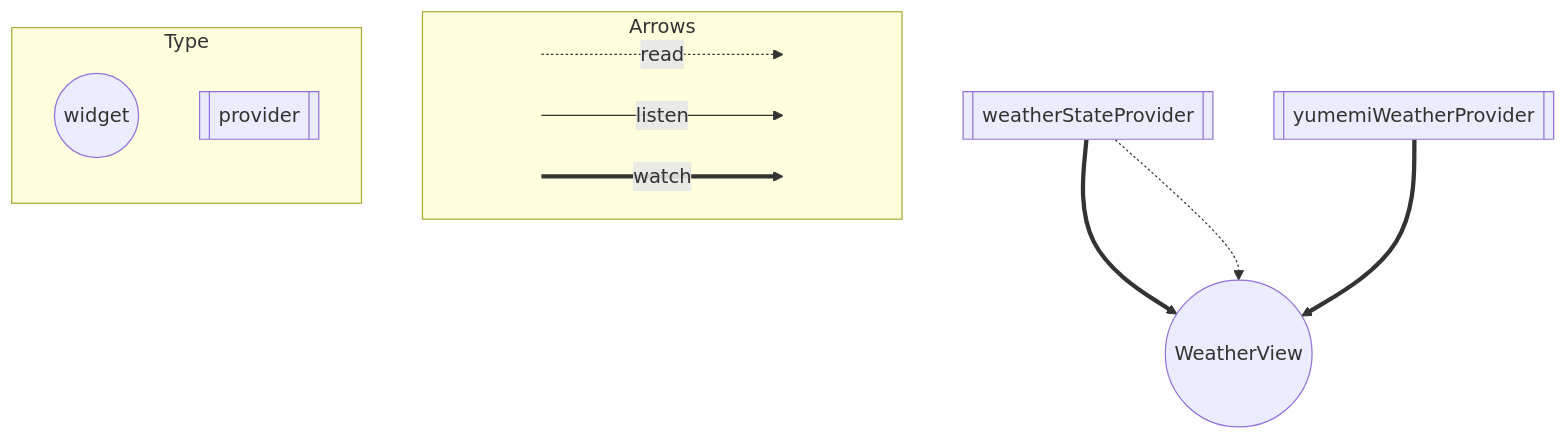
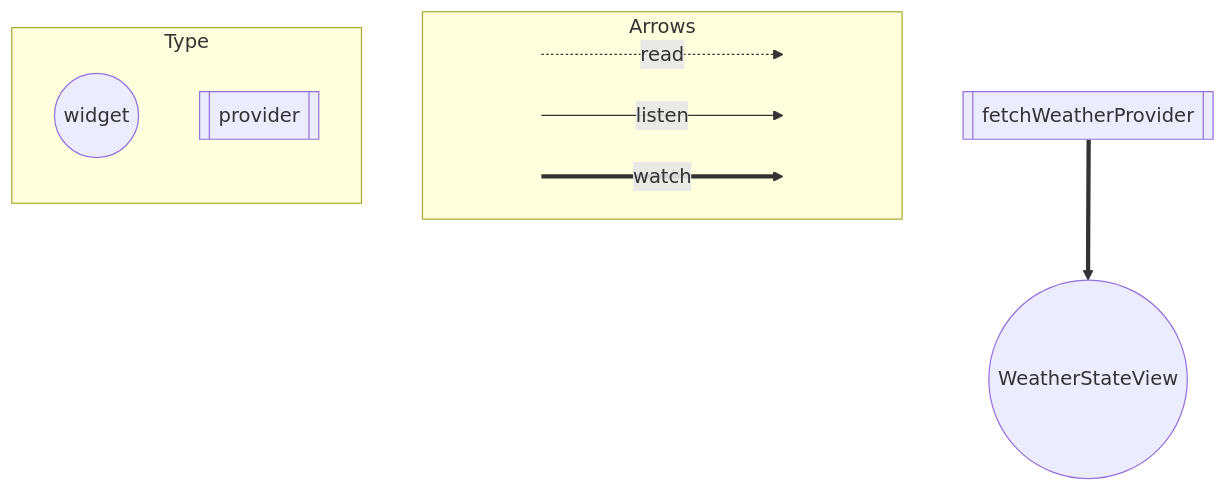
One commit to touyou/flutter-training changed the diagram in ARCHITECTURE.md. Above: the diagram before and after it, drawn with Mermaid. The commit also changed 14 other files, not shown here.

````diff
--- a/ARCHITECTURE.md
+++ b/ARCHITECTURE.md
@@ -1,28 +1,25 @@
 ```mermaid
 flowchart TB
   subgraph Arrows
     direction LR
     start1[ ] -..->|read| stop1[ ]
     style start1 height:0px;
     style stop1 height:0px;
     start2[ ] --->|listen| stop2[ ]
     style start2 height:0px;
     style stop2 height:0px;
     start3[ ] ===>|watch| stop3[ ]
     style start3 height:0px;
     style stop3 height:0px;
   end
   subgraph Type
     direction TB
     ConsumerWidget((widget));
     Provider[[provider]];
   end
 
-  weatherStateProvider[["weatherStateProvider"]];
-  yumemiWeatherProvider[["yumemiWeatherProvider"]];
-  WeatherView((WeatherView));
+  fetchWeatherProvider[["fetchWeatherProvider"]];
+  WeatherStateView((WeatherStateView));
 
-  weatherStateProvider ==> WeatherView;
-  yumemiWeatherProvider ==> WeatherView;
-  weatherStateProvider -.-> WeatherView;
+  fetchWeatherProvider ==> WeatherStateView;
 ```
````
